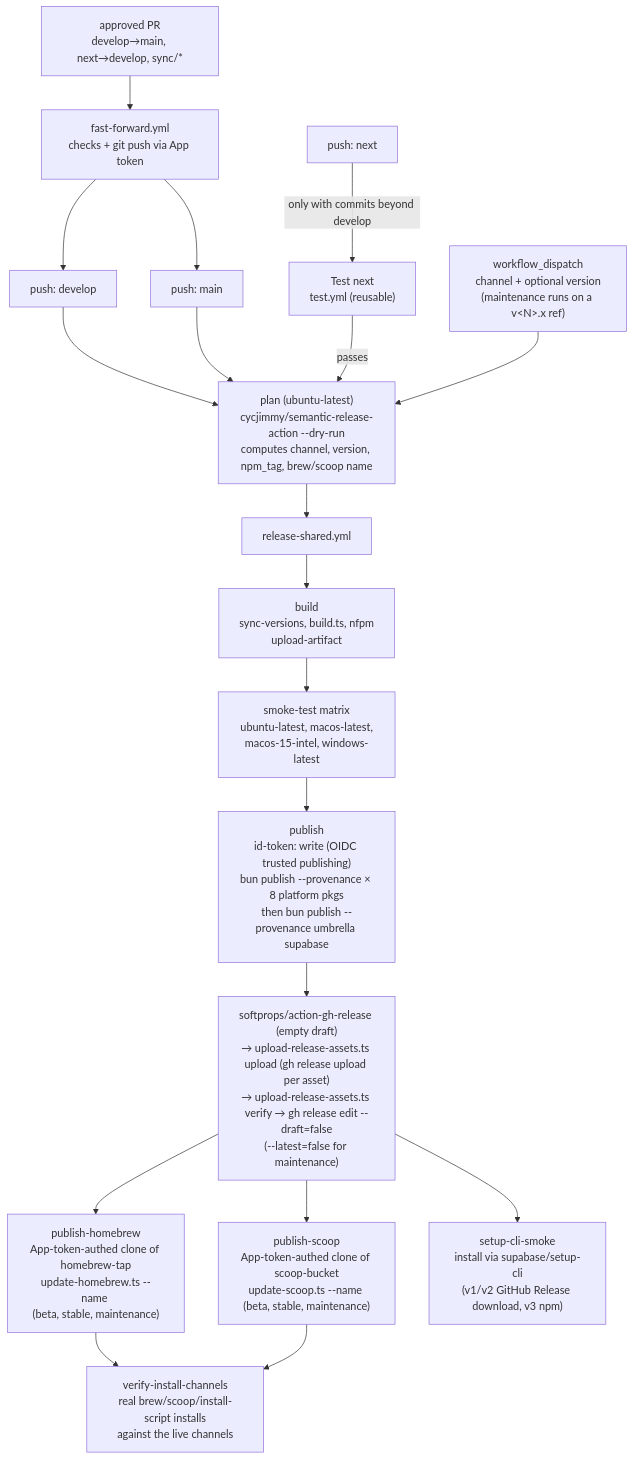
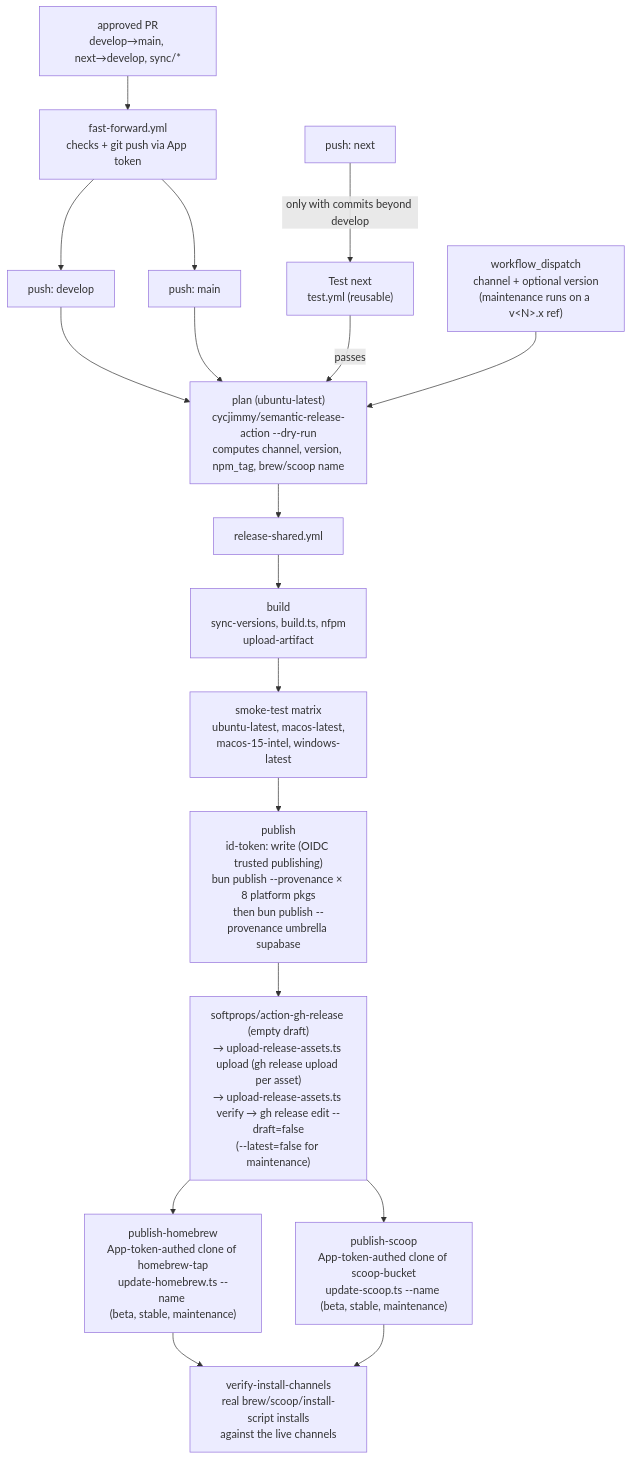
The third of 3 diagrams in apps/cli/docs/release-process.md (supabase/cli), drawn with Mermaid before and after one commit. The commit also changed other lines of this file and 6 other files, not shown here.

First line of the commit message:
ci(release): run the setup-cli smoke test daily instead of after each release

````diff
--- a/apps/cli/docs/release-process.md
+++ b/apps/cli/docs/release-process.md
@@ -244,25 +244,24 @@
 ```mermaid
 flowchart TD
     pushDev[push: develop] --> plan
     pushMain[push: main] --> plan
     pushNext[push: next] -->|"only with commits beyond develop"| testNext["Test next<br/>test.yml (reusable)"]
     testNext -->|passes| plan
     pr["approved PR<br/>develop→main, next→develop, sync/*"] --> ff["fast-forward.yml<br/>checks + git push via App token"]
     ff --> pushMain
     ff --> pushDev
     dispatch["workflow_dispatch<br/>channel + optional version<br/>(maintenance runs on a v&lt;N&gt;.x ref)"] --> plan
 
     plan["plan (ubuntu-latest)<br/>cycjimmy/semantic-release-action --dry-run<br/>computes channel, version, npm_tag, brew/scoop name"]
     plan --> shared
 
     shared["release-shared.yml"]
     shared --> build["build<br/>sync-versions, build.ts, nfpm<br/>upload-artifact"]
     build --> smoke["smoke-test matrix<br/>ubuntu-latest, macos-latest,<br/>macos-15-intel, windows-latest"]
     smoke --> pub["publish<br/>id-token: write (OIDC trusted publishing)<br/>bun publish --provenance × 8 platform pkgs<br/>then bun publish --provenance umbrella supabase"]
     pub --> rel["softprops/action-gh-release (empty draft)<br/>→ upload-release-assets.ts upload (gh release upload per asset)<br/>→ upload-release-assets.ts verify → gh release edit --draft=false<br/>(--latest=false for maintenance)"]
     rel --> hb["publish-homebrew<br/>App-token-authed clone of homebrew-tap<br/>update-homebrew.ts --name <brew_name><br/>(beta, stable, maintenance)"]
     rel --> sc["publish-scoop<br/>App-token-authed clone of scoop-bucket<br/>update-scoop.ts --name <scoop_name><br/>(beta, stable, maintenance)"]
-    rel --> sucs["setup-cli-smoke<br/>install via supabase/setup-cli<br/>(v1/v2 GitHub Release download, v3 npm)"]
     hb --> vic["verify-install-channels<br/>real brew/scoop/install-script installs<br/>against the live channels"]
     sc --> vic
 ```
````
